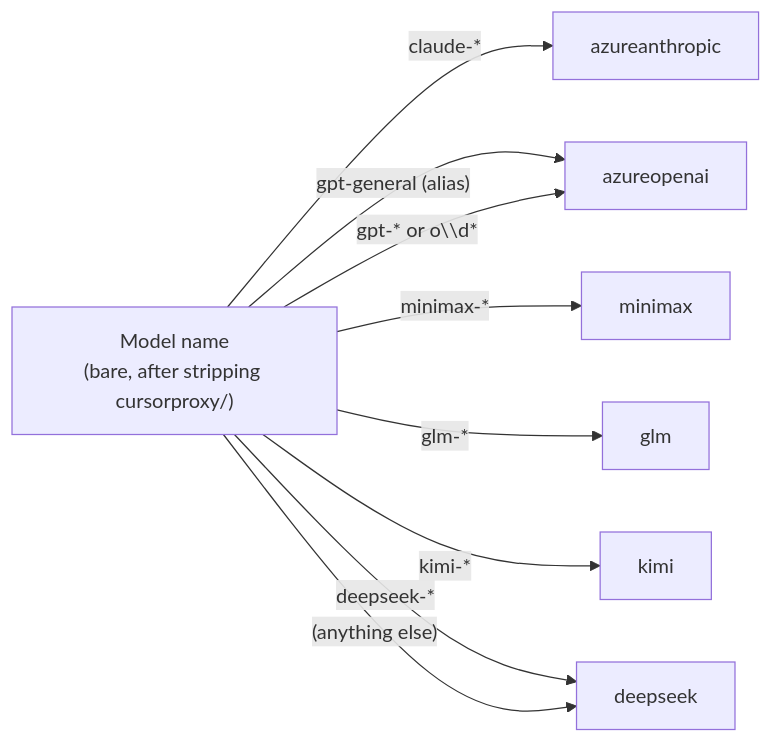
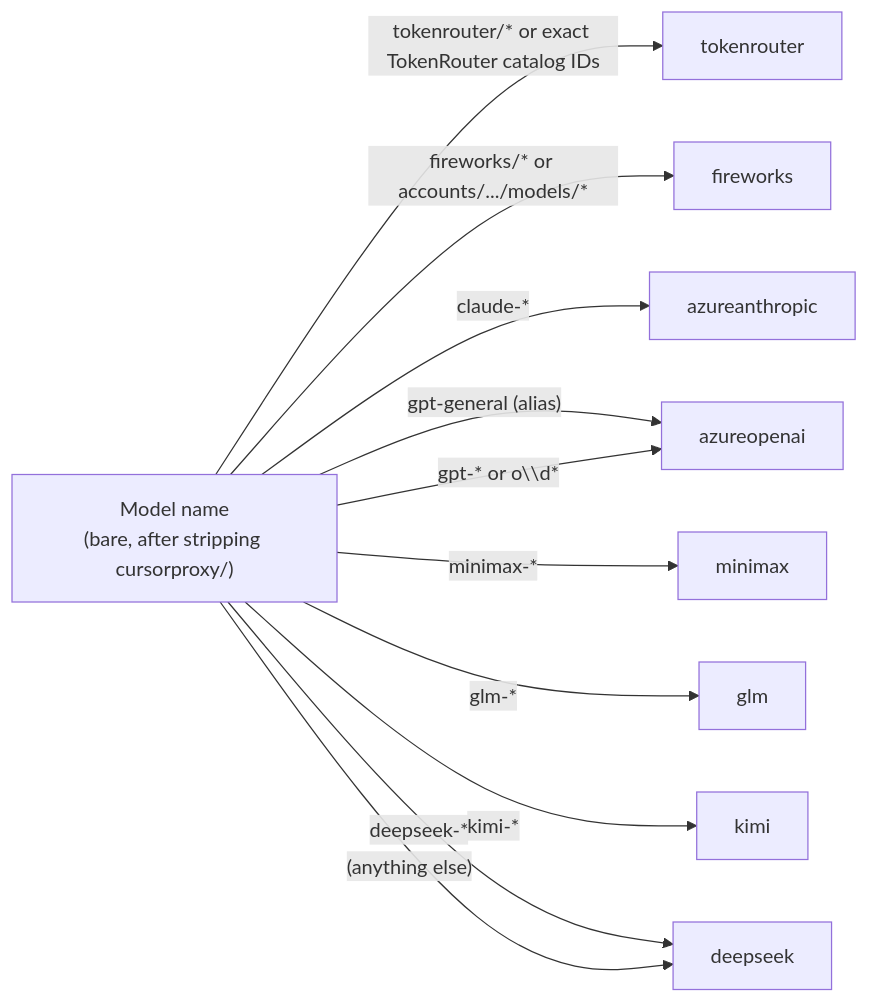
The fourth of 4 diagrams in doc/architecture-overview.md (lqdflying/cursorProxy), drawn with Mermaid before and after one commit. The commit also changed other lines of this file and 27 other files, not shown here.

First line of the commit message:
Add TokenRouter Chat Completions provider

````diff
--- a/doc/architecture-overview.md
+++ b/doc/architecture-overview.md
@@ -131,13 +137,15 @@
 ```mermaid
 flowchart LR
     M["Model name\n(bare, after stripping cursorproxy/)"]
 
+    M -->|"tokenrouter/* or exact TokenRouter catalog IDs"| TR2["tokenrouter"]
+    M -->|"fireworks/* or accounts/.../models/*"| FW2["fireworks"]
     M -->|"claude-*"| AA2["azureanthropic"]
     M -->|"gpt-general (alias)"| AO2["azureopenai"]
     M -->|"gpt-* or o\\d*"| AO2
     M -->|"minimax-*"| MM2["minimax"]
     M -->|"glm-*"| GLM2["glm"]
     M -->|"kimi-*"| KI2["kimi"]
     M -->|"deepseek-*"| DS2["deepseek"]
     M -->|"(anything else)"| DS2
 ```
````
